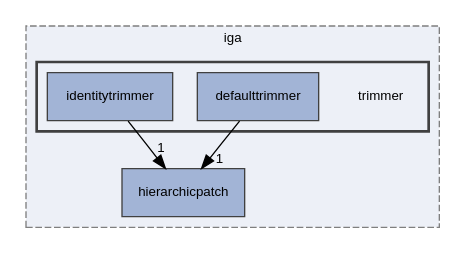
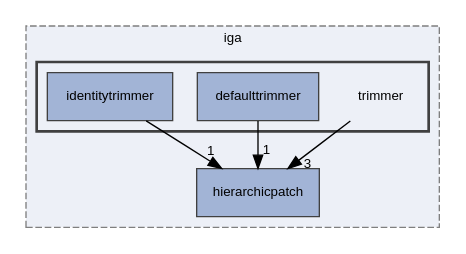
One commit to rath3t/dune-iga-doc changed the diagram in dir_7d0c370ab440c4b4f78419bfc8c93eb8_dep.dot. Above: the diagram before and after it, drawn with Graphviz. The commit also changed 1398 other files, not shown here.

```diff
--- a/dir_7d0c370ab440c4b4f78419bfc8c93eb8_dep.dot
+++ b/dir_7d0c370ab440c4b4f78419bfc8c93eb8_dep.dot
@@ -1,19 +1,20 @@
 digraph "trimmer"
 {
  // LATEX_PDF_SIZE
   edge [fontname="Helvetica",fontsize="10",labelfontname="Helvetica",labelfontsize="10"];
   node [fontname="Helvetica",fontsize="10",shape=record];
   compound=true
   subgraph clusterdir_d2a3c23294a1b1015b1b8e8721ddded8 {
     graph [ bgcolor="#edf0f7", pencolor="grey50", style="filled,dashed,", label="iga", fontname="Helvetica", fontsize="10", URL="dir_d2a3c23294a1b1015b1b8e8721ddded8.html"]
   dir_12fc9e68aad46ae2d80ba50ef1c96d76 [shape=box, label="hierarchicpatch", style="filled,", fillcolor="#a2b4d6", color="grey25", URL="dir_12fc9e68aad46ae2d80ba50ef1c96d76.html"];
   subgraph clusterdir_7d0c370ab440c4b4f78419bfc8c93eb8 {
     graph [ bgcolor="#edf0f7", pencolor="grey25", style="filled,bold,", label="", fontname="Helvetica", fontsize="10", URL="dir_7d0c370ab440c4b4f78419bfc8c93eb8.html"]
     dir_7d0c370ab440c4b4f78419bfc8c93eb8 [shape=plaintext, label="trimmer"];
   dir_265321845ed2650d675b22a94b62262d [shape=box, label="defaulttrimmer", style="filled,", fillcolor="#a2b4d6", color="grey25", URL="dir_265321845ed2650d675b22a94b62262d.html"];
   dir_aa3557bd66a6784b3b9e663253e8d0ba [shape=box, label="identitytrimmer", style="filled,", fillcolor="#a2b4d6", color="grey25", URL="dir_aa3557bd66a6784b3b9e663253e8d0ba.html"];
   }
   }
+  dir_7d0c370ab440c4b4f78419bfc8c93eb8->dir_12fc9e68aad46ae2d80ba50ef1c96d76 [headlabel="3", labeldistance=1.5 headhref="dir_000019_000007.html"];
   dir_265321845ed2650d675b22a94b62262d->dir_12fc9e68aad46ae2d80ba50ef1c96d76 [headlabel="1", labeldistance=1.5 headhref="dir_000001_000007.html"];
   dir_aa3557bd66a6784b3b9e663253e8d0ba->dir_12fc9e68aad46ae2d80ba50ef1c96d76 [headlabel="1", labeldistance=1.5 headhref="dir_000009_000007.html"];
 }
```
